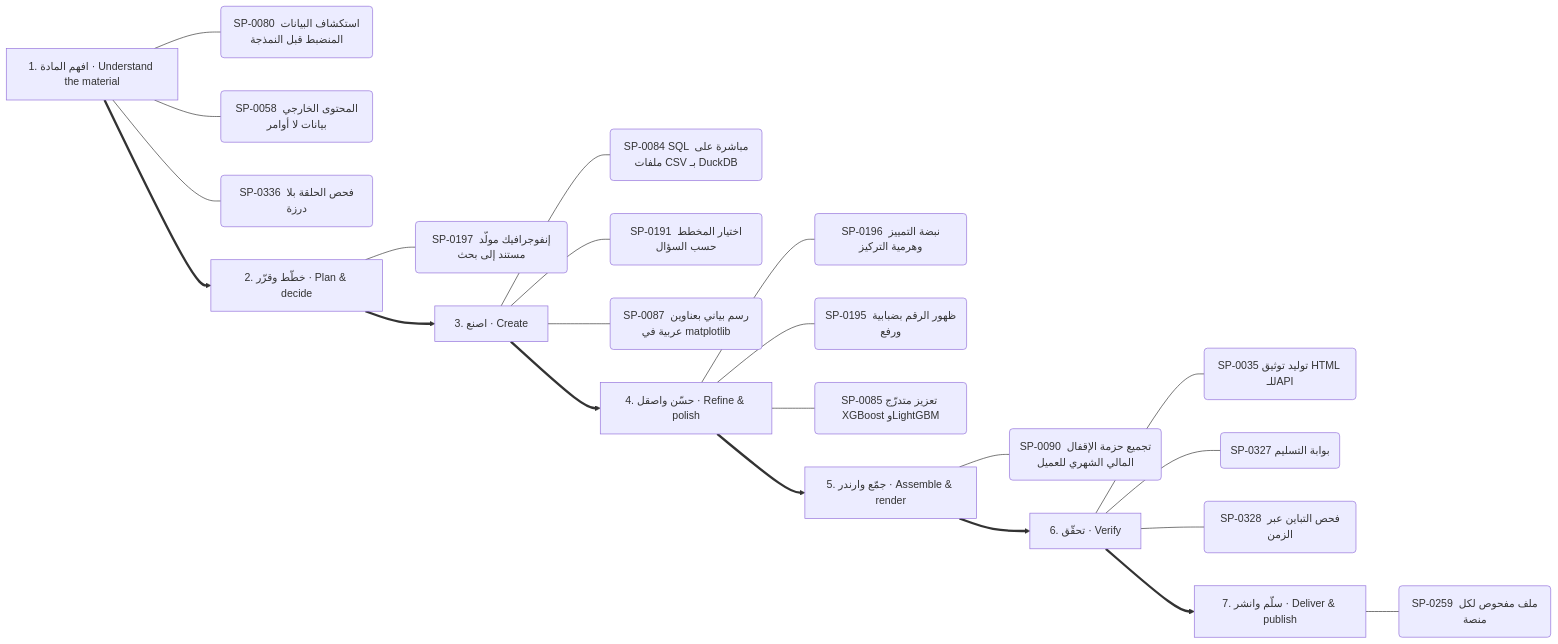
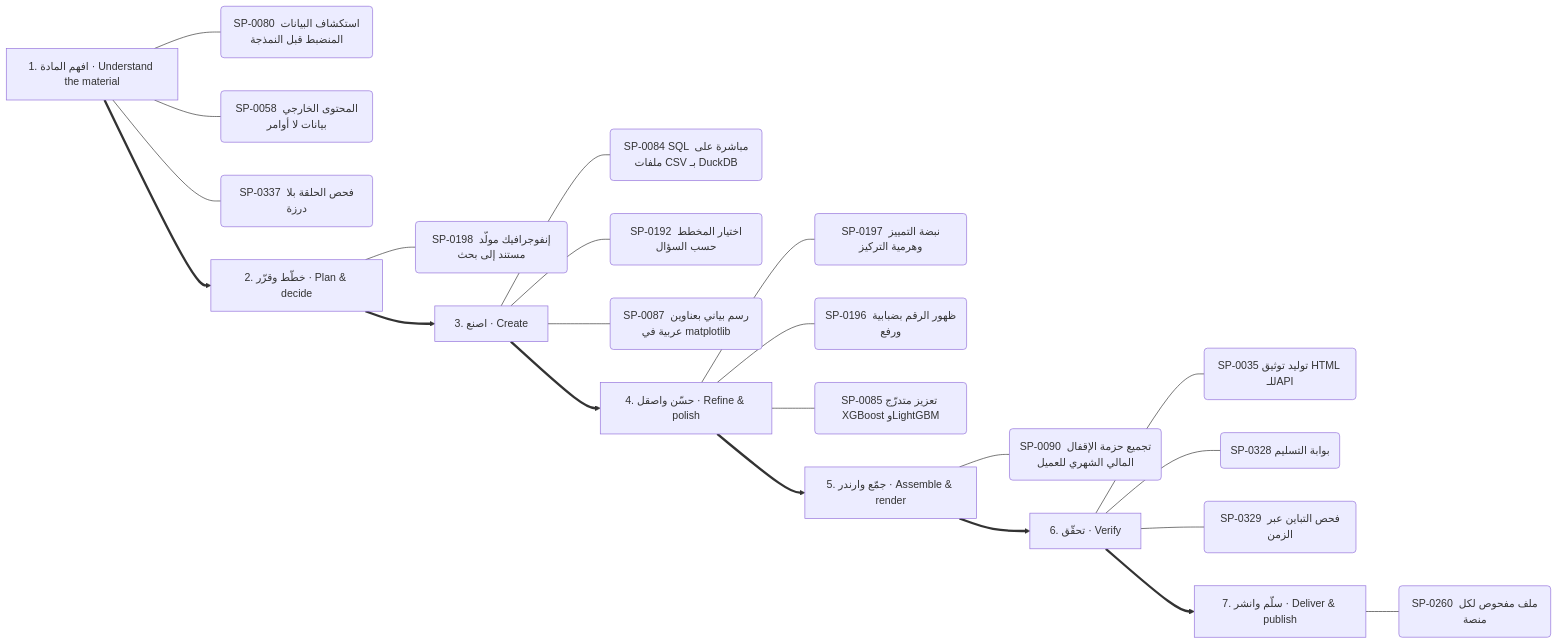
Before and after one commit to kosif199022-jpg/kosif-tool: diagram 12 of 13 in .claude/skills/kosif-superpowers/references/capability-mindmap.md, drawn with Mermaid. The commit also changed other lines of this file and 36 other files, not shown here.

````diff
--- a/.claude/skills/kosif-superpowers/references/capability-mindmap.md
+++ b/.claude/skills/kosif-superpowers/references/capability-mindmap.md
@@ -588,31 +590,31 @@
 ```mermaid
 flowchart LR
   S0["1. افهم المادة · Understand the material"]
   S0 --- S0_0("SP-0080 استكشاف البيانات المنضبط قبل النمذجة")
   S0 --- S0_1("SP-0058 المحتوى الخارجي بيانات لا أوامر")
-  S0 --- S0_2("SP-0336 فحص الحلقة بلا درزة")
+  S0 --- S0_2("SP-0337 فحص الحلقة بلا درزة")
   S1["2. خطّط وقرّر · Plan & decide"]
-  S1 --- S1_0("SP-0197 إنفوجرافيك مولَّد مستند إلى بحث")
+  S1 --- S1_0("SP-0198 إنفوجرافيك مولَّد مستند إلى بحث")
   S0 ==> S1
   S2["3. اصنع · Create"]
   S2 --- S2_0("SP-0084 SQL مباشرة على ملفات CSV بـ DuckDB")
-  S2 --- S2_1("SP-0191 اختيار المخطط حسب السؤال")
+  S2 --- S2_1("SP-0192 اختيار المخطط حسب السؤال")
   S2 --- S2_2("SP-0087 رسم بياني بعناوين عربية في matplotlib")
   S1 ==> S2
   S3["4. حسّن واصقل · Refine & polish"]
-  S3 --- S3_0("SP-0196 نبضة التمييز وهرمية التركيز")
-  S3 --- S3_1("SP-0195 ظهور الرقم بضبابية ورفع")
+  S3 --- S3_0("SP-0197 نبضة التمييز وهرمية التركيز")
+  S3 --- S3_1("SP-0196 ظهور الرقم بضبابية ورفع")
   S3 --- S3_2("SP-0085 تعزيز متدرّج XGBoost وLightGBM")
   S2 ==> S3
   S4["5. جمّع وارندر · Assemble & render"]
   S4 --- S4_0("SP-0090 تجميع حزمة الإقفال المالي الشهري للعميل")
   S3 ==> S4
   S5["6. تحقّق · Verify"]
   S5 --- S5_0("SP-0035 توليد توثيق HTML للـAPI")
-  S5 --- S5_1("SP-0327 بوابة التسليم")
-  S5 --- S5_2("SP-0328 فحص التباين عبر الزمن")
+  S5 --- S5_1("SP-0328 بوابة التسليم")
+  S5 --- S5_2("SP-0329 فحص التباين عبر الزمن")
   S4 ==> S5
   S6["7. سلّم وانشر · Deliver & publish"]
-  S6 --- S6_0("SP-0259 ملف مفحوص لكل منصة")
+  S6 --- S6_0("SP-0260 ملف مفحوص لكل منصة")
   S5 ==> S6
 ```
````
